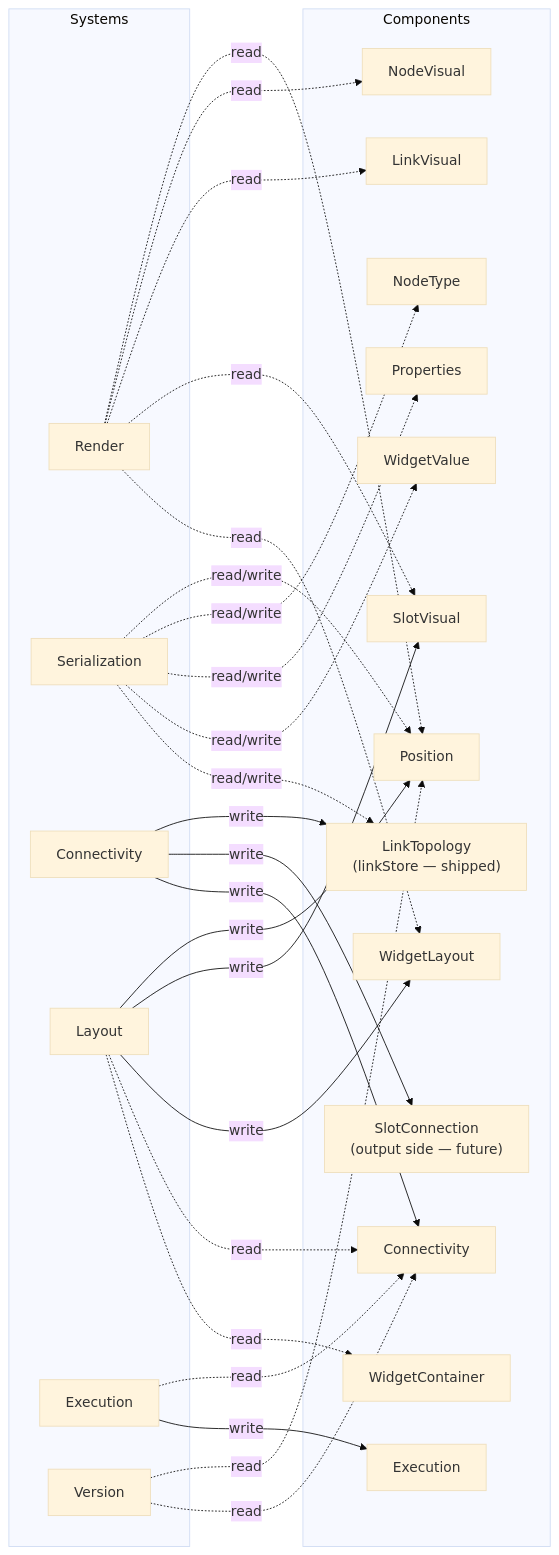
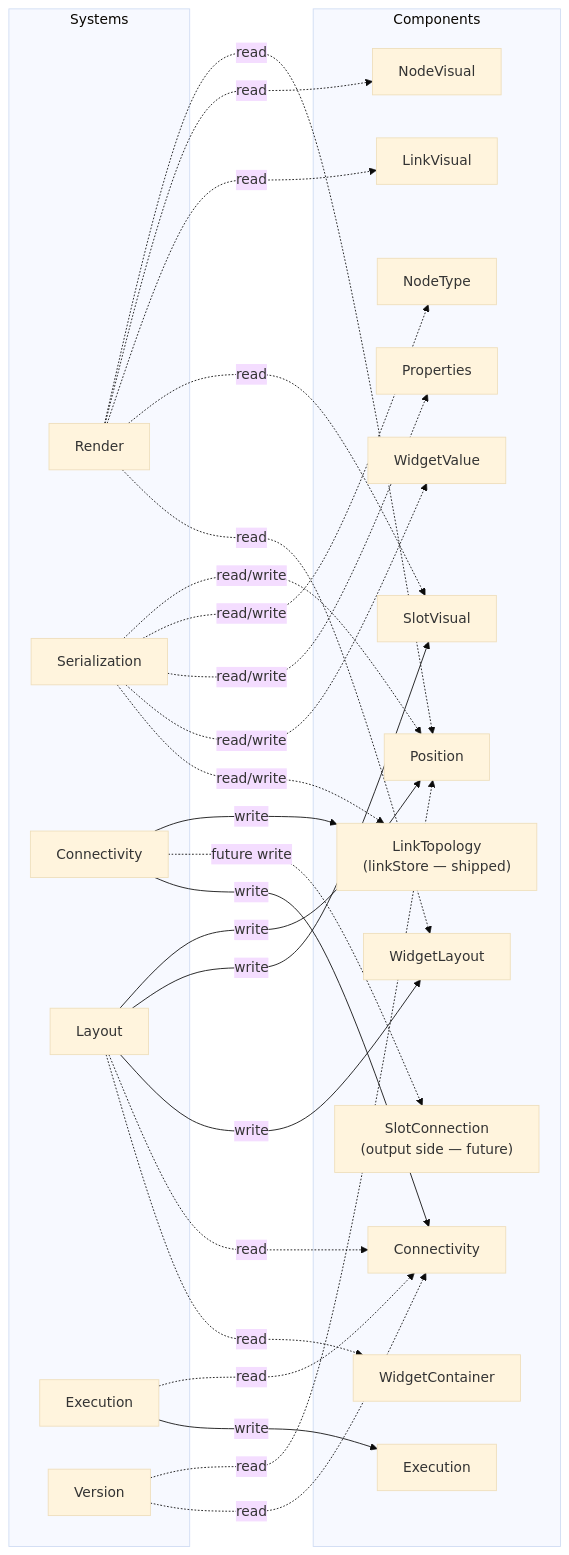
The seventh of 12 diagrams in docs/architecture/ecs-target-architecture.md (Comfy-Org/ComfyUI_frontend), drawn with Mermaid (base theme) before and after one commit. The commit also changed other lines of this file and 2 other files, not shown here.

First line of the commit message:
docs: qualify layout-store cleanup and future SlotConnection writes

````diff
--- a/docs/architecture/ecs-target-architecture.md
+++ b/docs/architecture/ecs-target-architecture.md
@@ -334,57 +334,57 @@
 ```mermaid
 graph LR
     subgraph Systems
         RS["Render"]
         SS["Serialization"]
         CS["Connectivity"]
         LS["Layout"]
         ES["Execution"]
         VS["Version"]
     end
 
     subgraph Components
         Pos["Position"]
         NV["NodeVisual"]
         NT["NodeType"]
         Con["Connectivity"]
         Exe["Execution"]
         Props["Properties"]
         WC["WidgetContainer"]
         LE["LinkTopology
 (linkStore — shipped)"]
         LV["LinkVisual"]
         SC["SlotConnection
 (output side — future)"]
         SV["SlotVisual"]
         WVal["WidgetValue"]
         WL["WidgetLayout"]
     end
 
     RS -.->|read| Pos
     RS -.->|read| NV
     RS -.->|read| LV
     RS -.->|read| SV
     RS -.->|read| WL
 
     LS -->|write| Pos
     LS -->|write| SV
     LS -->|write| WL
     LS -.->|read| Con
     LS -.->|read| WC
 
     CS -->|write| LE
-    CS -->|write| SC
+    CS -.->|future write| SC
     CS -->|write| Con
 
     ES -.->|read| Con
     ES -->|write| Exe
 
     SS -.->|read/write| Pos
     SS -.->|read/write| NT
     SS -.->|read/write| Props
     SS -.->|read/write| WVal
     SS -.->|read/write| LE
 
     VS -.->|read| Pos
     VS -.->|read| Con
 ```
````
